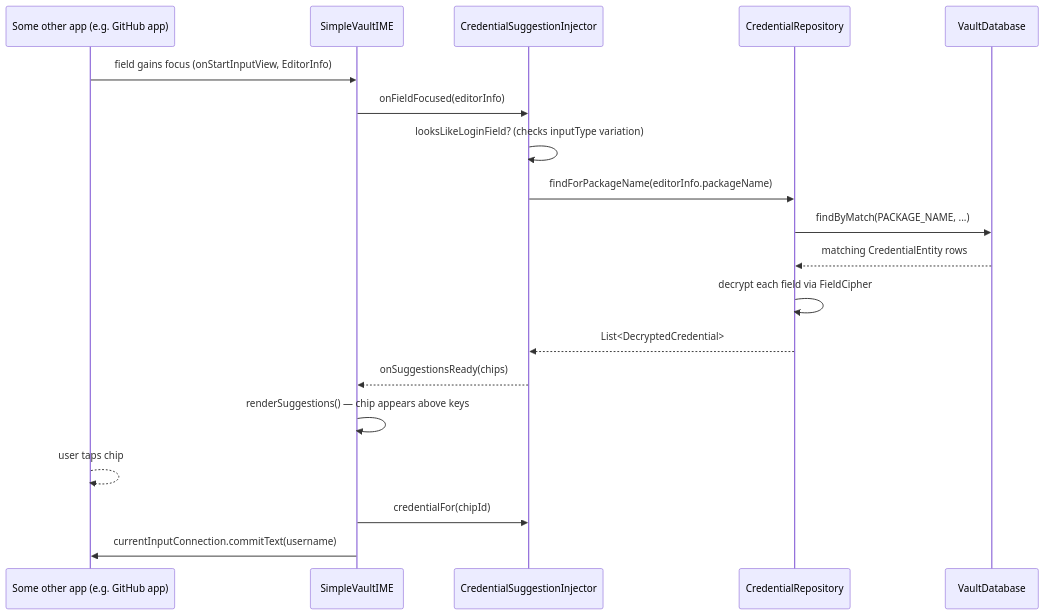
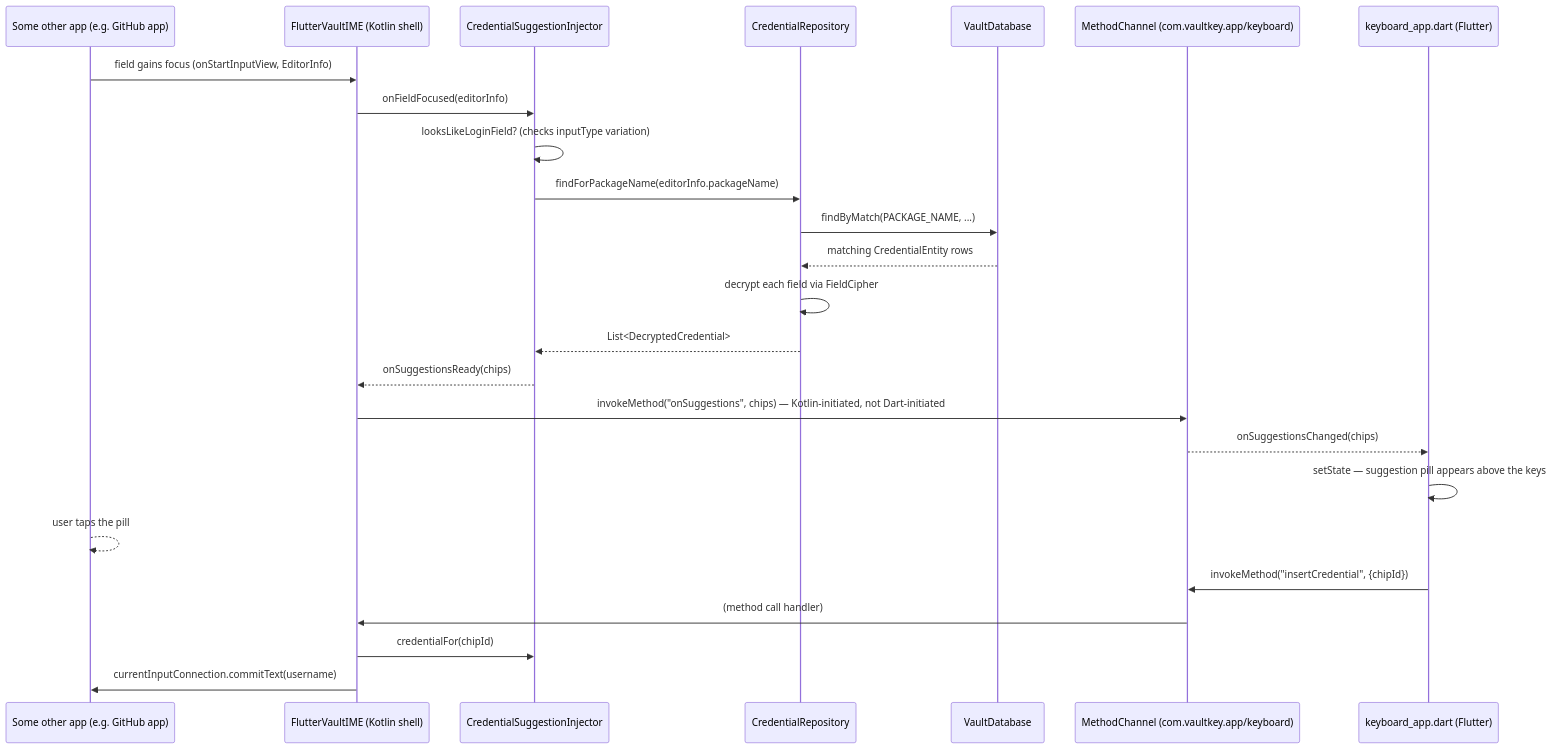
One commit to DevBehindYou/Vaultkey-Lite changed the second of 5 diagrams in DATA_FLOW.md. Above: the diagram before and after it, drawn with Mermaid. The commit also changed other lines of this file and 43 other files, not shown here.

````diff
--- a/DATA_FLOW.md
+++ b/DATA_FLOW.md
@@ -36,22 +36,28 @@
 ```mermaid
 sequenceDiagram
     participant App as Some other app (e.g. GitHub app)
-    participant IME as SimpleVaultIME
+    participant IME as FlutterVaultIME (Kotlin shell)
     participant Inj as CredentialSuggestionInjector
     participant Repo as CredentialRepository
     participant DB as VaultDatabase
+    participant CH as MethodChannel (com.vaultkey.app/keyboard)
+    participant UI as keyboard_app.dart (Flutter)
 
     App->>IME: field gains focus (onStartInputView, EditorInfo)
     IME->>Inj: onFieldFocused(editorInfo)
     Inj->>Inj: looksLikeLoginField? (checks inputType variation)
     Inj->>Repo: findForPackageName(editorInfo.packageName)
     Repo->>DB: findByMatch(PACKAGE_NAME, ...)
     DB-->>Repo: matching CredentialEntity rows
     Repo->>Repo: decrypt each field via FieldCipher
     Repo-->>Inj: List<DecryptedCredential>
     Inj-->>IME: onSuggestionsReady(chips)
-    IME->>IME: renderSuggestions() — chip appears above keys
-    App-->>App: user taps chip
+    IME->>CH: invokeMethod("onSuggestions", chips) — Kotlin-initiated, not Dart-initiated
+    CH-->>UI: onSuggestionsChanged(chips)
+    UI->>UI: setState — suggestion pill appears above the keys
+    App-->>App: user taps the pill
+    UI->>CH: invokeMethod("insertCredential", {chipId})
+    CH->>IME: (method call handler)
     IME->>Inj: credentialFor(chipId)
     IME->>App: currentInputConnection.commitText(username)
 ```
````
